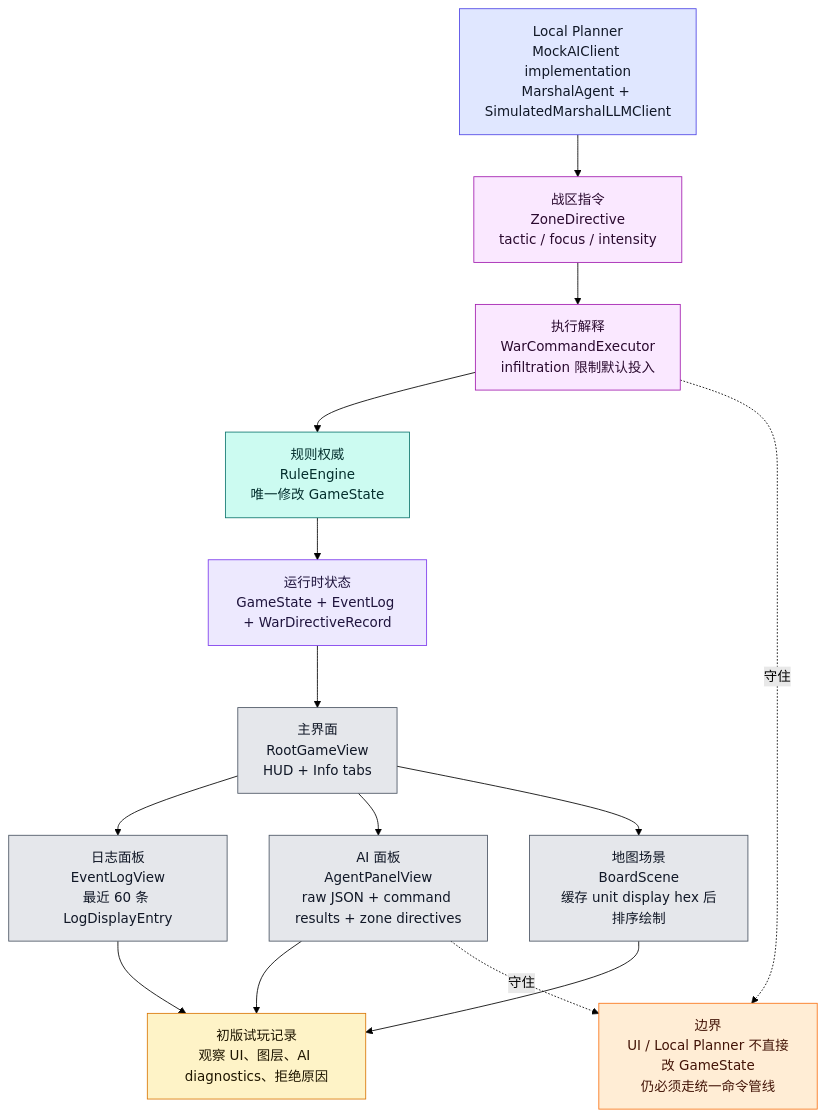
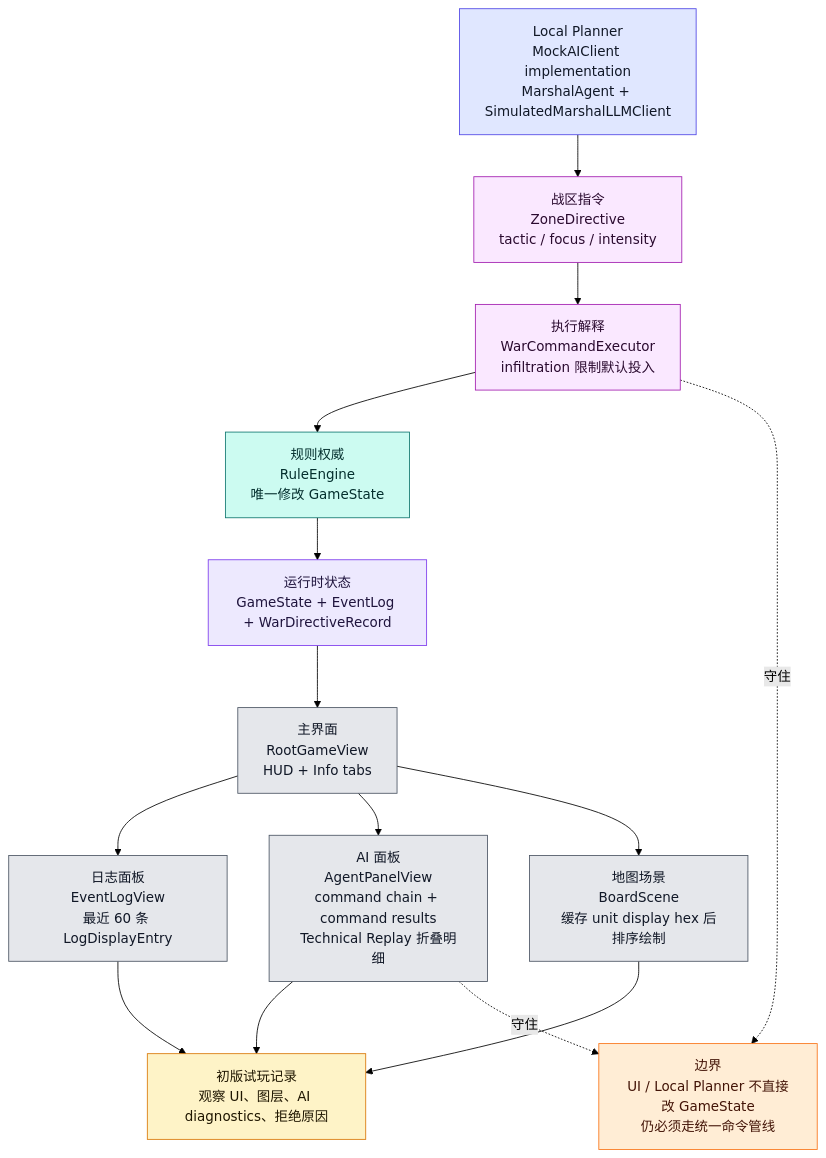
Diagram 19 of 20 in md/flow/flowchart.md (Altman-sam114/127), drawn with Mermaid (forest theme) before and after one commit. The commit also changed other lines of this file and 6 other files, not shown here.

Commit message:
feat(ui): fold AI technical replay

````diff
--- a/md/flow/flowchart.md
+++ b/md/flow/flowchart.md
@@ -738,34 +738,34 @@
 ```mermaid
 flowchart TD
     STATE["运行时状态<br/>GameState + EventLog + WarDirectiveRecord"]:::state
     ROOT["主界面<br/>RootGameView<br/>HUD + Info tabs"]:::ui
     LOG["日志面板<br/>EventLogView<br/>最近 60 条 LogDisplayEntry"]:::ui
-    AIUI["AI 面板<br/>AgentPanelView<br/>raw JSON + command results + zone directives"]:::ui
+    AIUI["AI 面板<br/>AgentPanelView<br/>command chain + command results<br/>Technical Replay 折叠明细"]:::ui
     BOARD["地图场景<br/>BoardScene<br/>缓存 unit display hex 后排序绘制"]:::ui
     MARSHAL["Local Planner<br/>MockAIClient implementation<br/>MarshalAgent + SimulatedMarshalLLMClient"]:::ai
     ZD["战区指令<br/>ZoneDirective<br/>tactic / focus / intensity"]:::command
     WCE["执行解释<br/>WarCommandExecutor<br/>infiltration 限制默认投入"]:::command
     RULE["规则权威<br/>RuleEngine<br/>唯一修改 GameState"]:::rules
     PLAYTEST["初版试玩记录<br/>观察 UI、图层、AI diagnostics、拒绝原因"]:::doc
 
     STATE --> ROOT
     ROOT --> LOG
     ROOT --> AIUI
     ROOT --> BOARD
     MARSHAL --> ZD --> WCE --> RULE --> STATE
     AIUI --> PLAYTEST
     LOG --> PLAYTEST
     BOARD --> PLAYTEST
 
     WARN["边界<br/>UI / Local Planner 不直接改 GameState<br/>仍必须走统一命令管线"]:::warn
     AIUI -.守住.-> WARN
     WCE -.守住.-> WARN
 
     classDef state fill:#ede9fe,stroke:#7c3aed,color:#1f143d
     classDef ui fill:#e5e7eb,stroke:#4b5563,color:#111827
     classDef ai fill:#e0e7ff,stroke:#4f46e5,color:#111827
     classDef command fill:#fae8ff,stroke:#a21caf,color:#2a0a2f
     classDef rules fill:#ccfbf1,stroke:#0f766e,color:#042f2e
     classDef doc fill:#fef3c7,stroke:#d97706,color:#1f1600
     classDef warn fill:#ffedd5,stroke:#f97316,color:#431407
 ```
````
